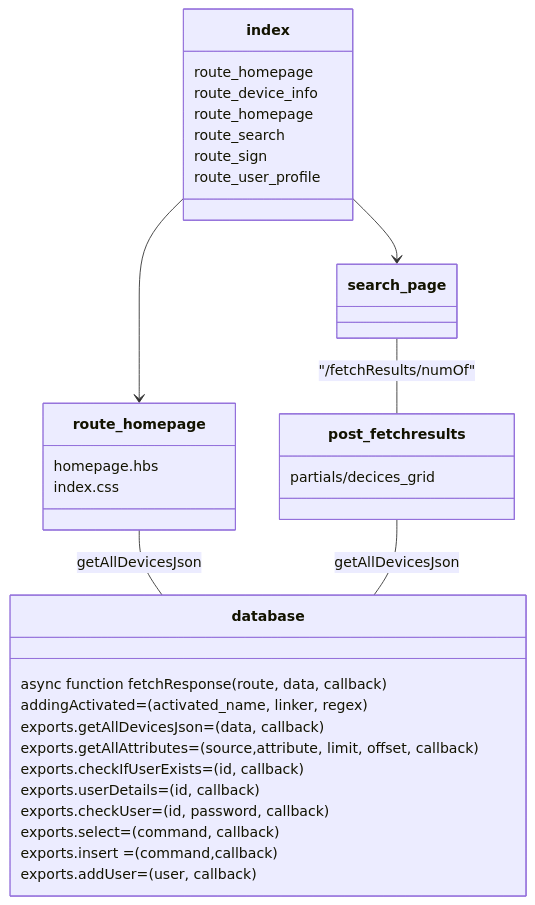
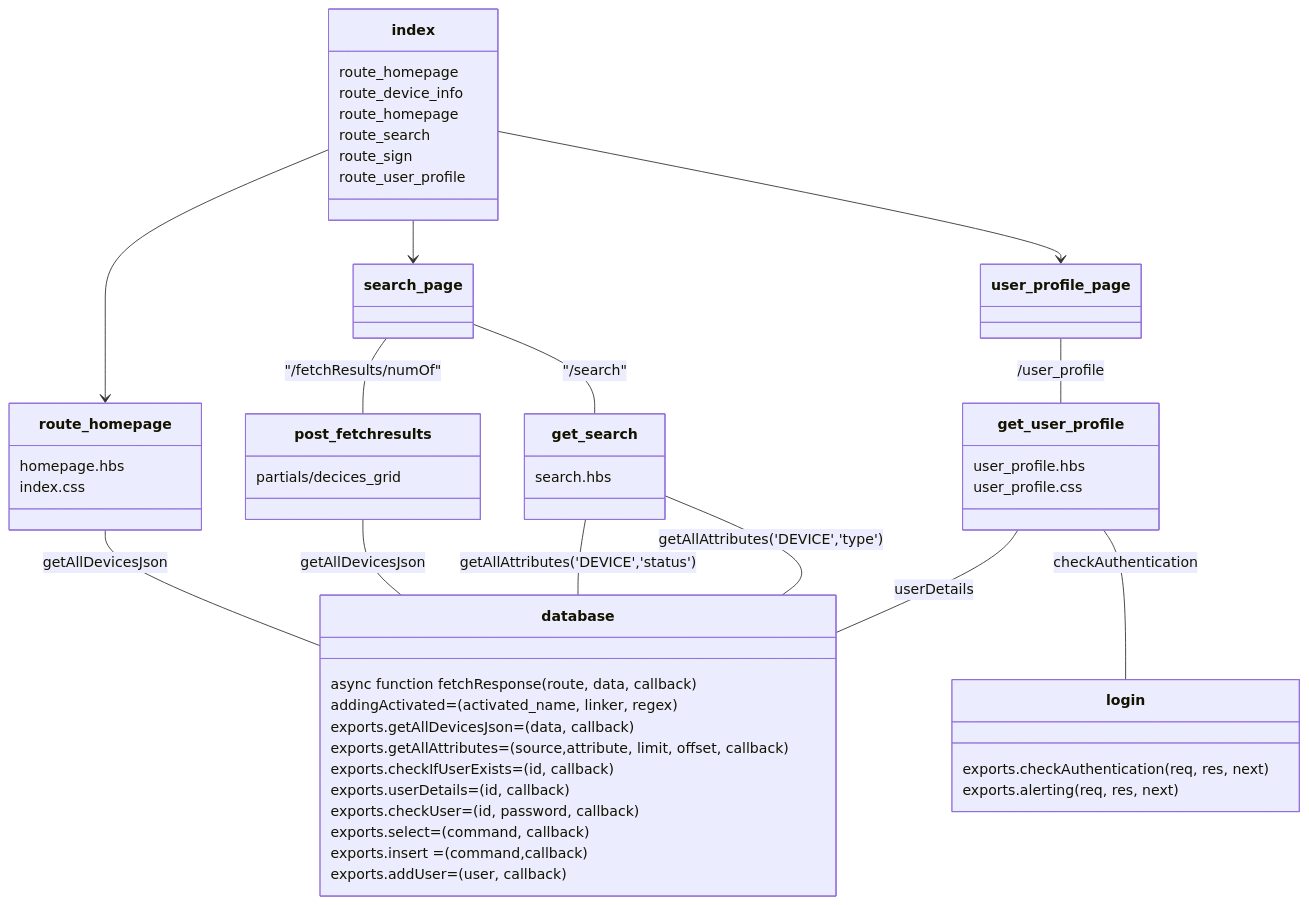
The diagram in docs/documentation/general_documentation/node-website-file-tree.md (nikolasfil/IOT-Project-2023), drawn with Mermaid before and after one commit.

Commit message:
checkpoint on documentation

````diff
--- a/docs/documentation/general_documentation/node-website-file-tree.md
+++ b/docs/documentation/general_documentation/node-website-file-tree.md
@@ -64,36 +64,55 @@
 ```mermaid
 classDiagram
 
 
 index : route_homepage 
 index : route_device_info
 index : route_homepage
 index : route_search
 index : route_sign
 index : route_user_profile
 
 database: async function fetchResponse(route, data, callback)
 database: addingActivated=(activated_name, linker, regex)
 database: exports.getAllDevicesJson= (data,  callback)     
 database: exports.getAllAttributes=(source,attribute, limit, offset, callback)
 database: exports.checkIfUserExists= (id, callback) 
 database: exports.userDetails= (id, callback) 
 database: exports.checkUser= (id, password, callback) 
 database: exports.select=(command, callback) 
 database: exports.insert = (command,callback) 
 database: exports.addUser= (user, callback) 
 
+
+login: exports.checkAuthentication (req, res, next)
+login: exports.alerting (req, res, next)
+
 index --> route_homepage
 route_homepage -- database : getAllDevicesJson
 route_homepage: homepage.hbs
 route_homepage: index.css
 
 
 index --> search_page 
 
 search_page -- post_fetchresults: "/fetchResults/numOf"
 post_fetchresults -- database : getAllDevicesJson
 post_fetchresults : partials/decices_grid
 
 
+search_page -- get_search: "/search"
+get_search -- database : getAllAttributes('DEVICE','status')
+get_search -- database : getAllAttributes('DEVICE','type')
+
+get_search: search.hbs 
+
+
+index --> user_profile_page 
+
+user_profile_page -- get_user_profile: /user_profile
+get_user_profile -- login : checkAuthentication
+get_user_profile -- database: userDetails
+get_user_profile: user_profile.hbs
+get_user_profile: user_profile.css
+
 ```
````
